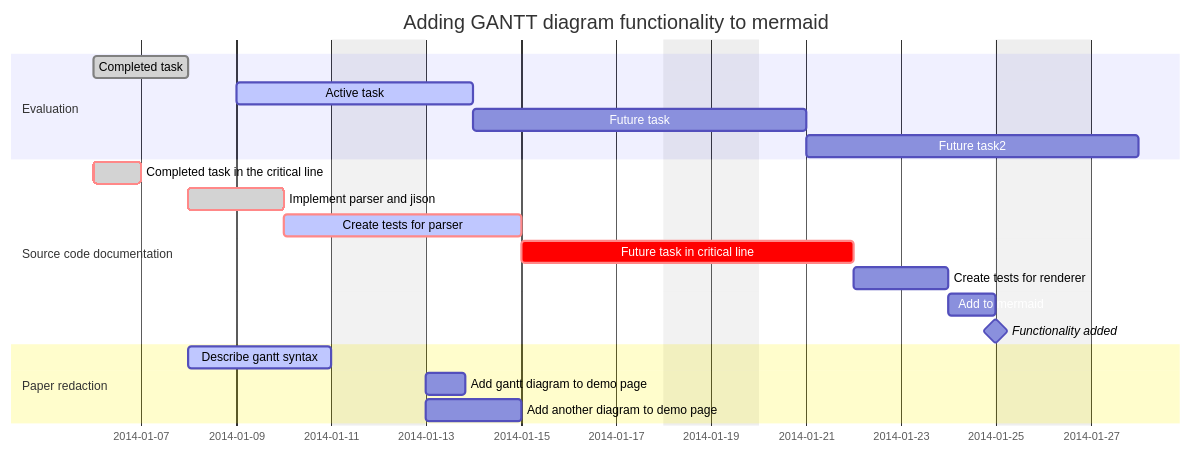
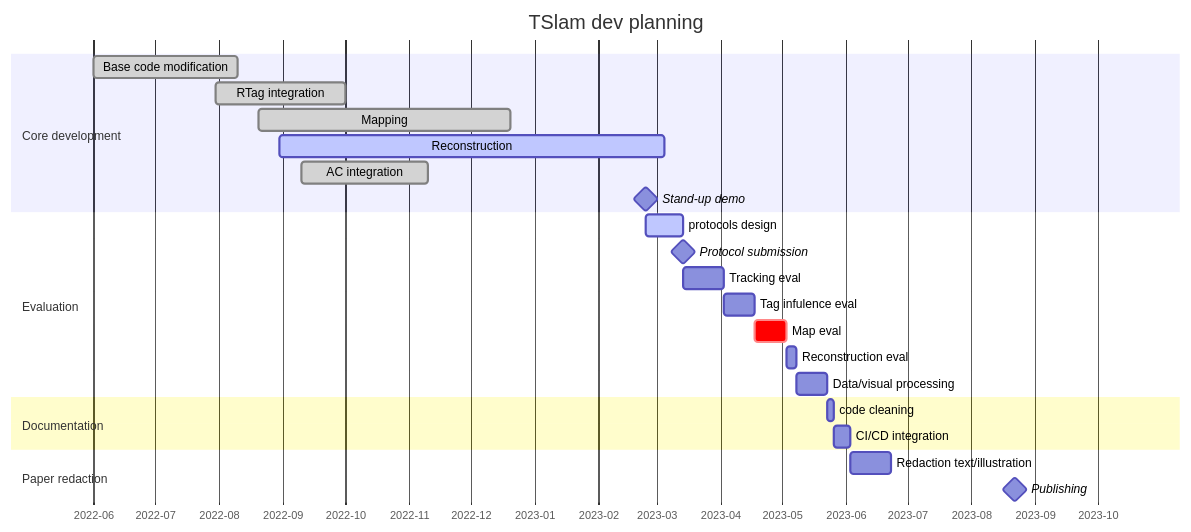
One commit to ibois-epfl/TSlam changed the diagram in README.md. Above: the diagram before and after it, drawn with Mermaid. The commit also changed 1 other file, not shown here.

Commit message:
ADD-WIP: first draft planning

````diff
--- a/README.md
+++ b/README.md
@@ -10,27 +10,31 @@
 ```mermaid
 gantt
     dateFormat  YYYY-MM-DD
-    title       Adding GANTT diagram functionality to mermaid
-    excludes    weekends
-    %% (`excludes` accepts specific dates in YYYY-MM-DD format, days of the week ("sunday") or "weekends", but not the word "weekdays".)
+    title       TSlam dev planning
+    axisFormat %Y-%m
+
+    section Core development
+    Base code modification          :done, ucm, 2022-06-01, 2022-08-10
+    RTag integration                :done, rti, 2022-07-30, 2022-10-01
+    Mapping                         :done, map, 2022-08-20, 2022-12-20
+    Reconstruction                  :active, rec, 2022-08-30, 2023-03-05
+    AC integration                  :done, aci, 2022-09-10, 2022-11-10
+    Stand-up demo                   :milestone, 2023-02-24, 0d
 
     section Evaluation
-    Completed task            :done,    des1, 2014-01-06,2014-01-08
-    Active task               :active,  des2, 2014-01-09, 3d
-    Future task               :         des3, after des2, 5d
-    Future task2              :         des4, after des3, 5d
+    protocols design                :active, ptrd, 2023-02-24, 2023-03-14
+    Protocol submission             :milestone, 2023-03-14, 0d
+    Tracking eval                   : trel, 2023-03-14, 20d
+    Tag infulence eval              : tage, after trel, 15d
+    Map eval                        :crit, mael, after trel tage, 15d
+    Reconstruction eval             : rece, after trel tage mael, 5d
+    Data/visual processing                 : datp, after trel tage mael rece, 15d
 
-    section Source code documentation
-    Completed task in the critical line :crit, done, 2014-01-06,24h
-    Implement parser and jison          :crit, done, after des1, 2d
-    Create tests for parser             :crit, active, 3d
-    Future task in critical line        :crit, 5d
-    Create tests for renderer           :2d
-    Add to mermaid                      :1d
-    Functionality added                 :milestone, 2014-01-25, 0d
+    section Documentation
+    code cleaning                   : 3d
+    CI/CD integration               : 8d
 
     section Paper redaction
-    Describe gantt syntax               :active, a1, after des1, 3d
-    Add gantt diagram to demo page      :after a1  , 20h
-    Add another diagram to demo page    :doc1, after a1  , 48h
+    Redaction text/illustration     :20d
+    Publishing                      :milestone, 120d
 ```
````
